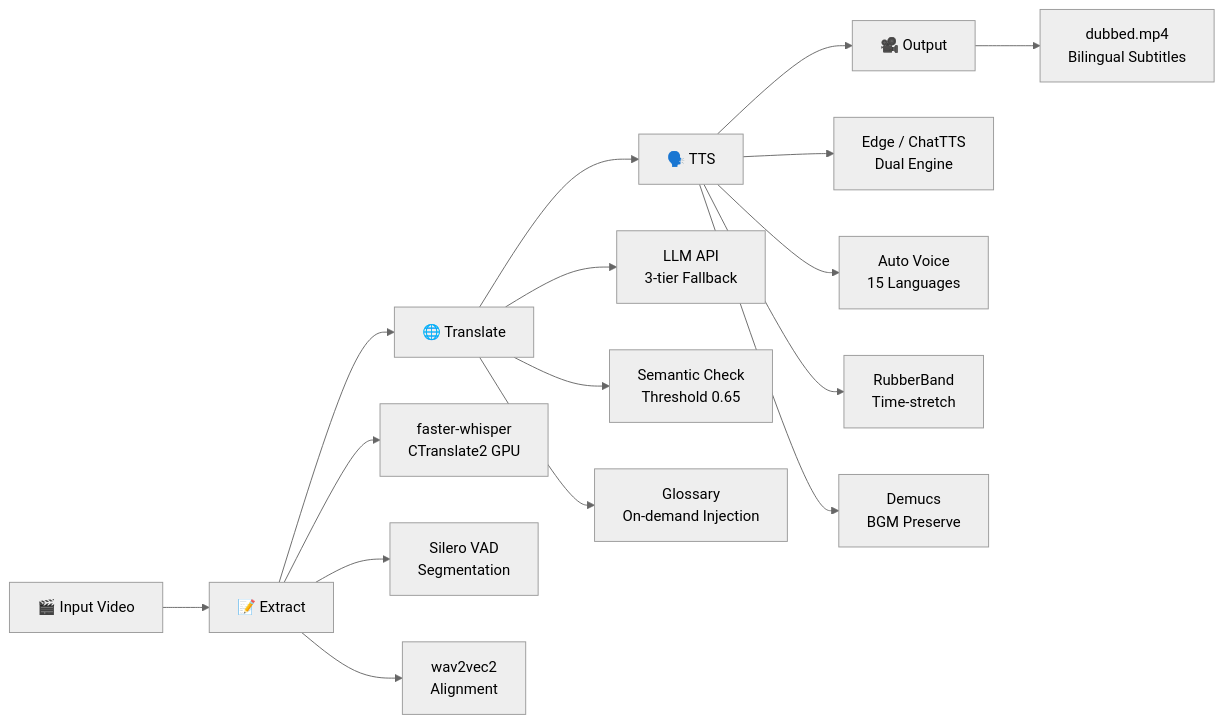
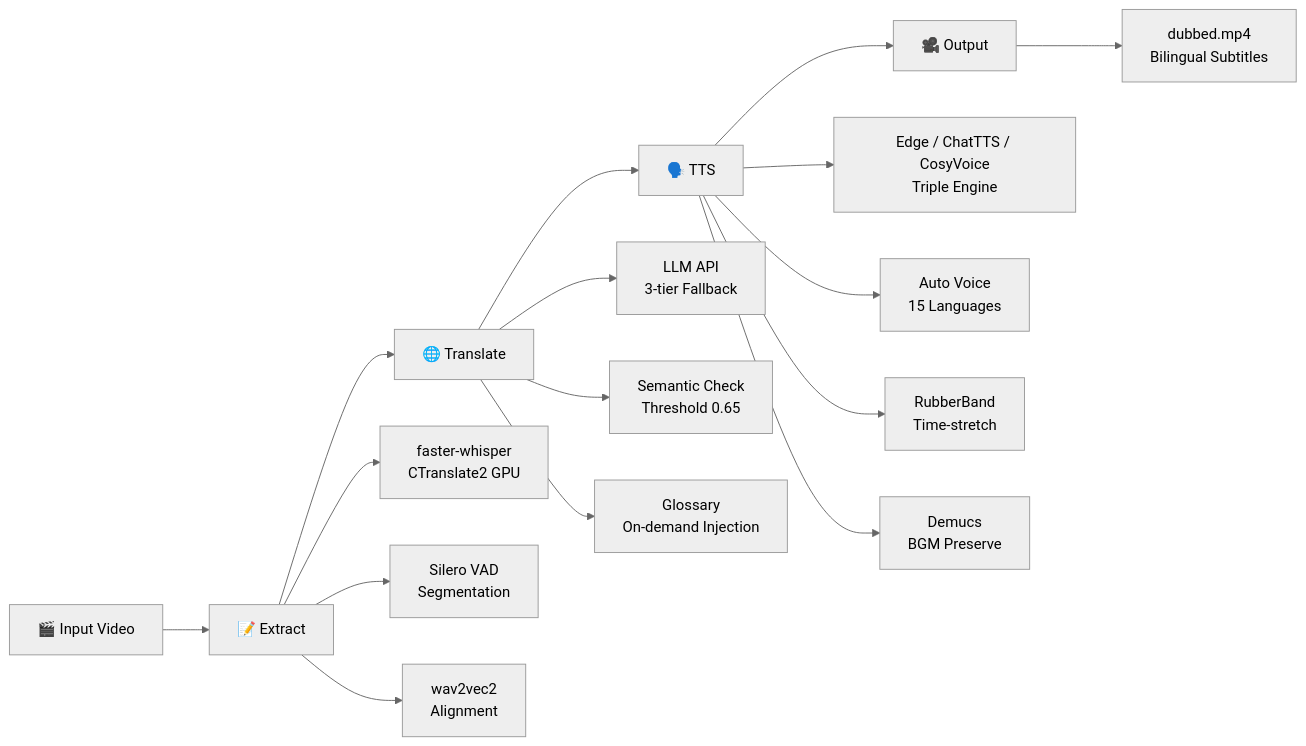
One commit to Friend-Xu/Translate-video-WebUI changed the diagram in README.md. Above: the diagram before and after it, drawn with Mermaid (neutral theme). The commit also changed other lines of this file and 3 other files, not shown here.

Commit message:
docs: update READMEs for CosyVoice TTS triple-engine support

````diff
--- a/README.md
+++ b/README.md
@@ -86,22 +87,22 @@
 ```mermaid
 graph LR
     A[🎬 Input Video] --> B[📝 Extract]
     B --> C[🌐 Translate]
     C --> D[🗣️ TTS]
     D --> E[🎥 Output]
 
     B --> B1[faster-whisper<br/>CTranslate2 GPU]
     B --> B2[Silero VAD<br/>Segmentation]
     B --> B3[wav2vec2<br/>Alignment]
 
     C --> C1[LLM API<br/>3-tier Fallback]
     C --> C2[Semantic Check<br/>Threshold 0.65]
     C --> C3[Glossary<br/>On-demand Injection]
 
-    D --> D1[Edge / ChatTTS<br/>Dual Engine]
+    D --> D1[Edge / ChatTTS / CosyVoice<br/>Triple Engine]
     D --> D2[Auto Voice<br/>15 Languages]
     D --> D3[RubberBand<br/>Time-stretch]
     D --> D4[Demucs<br/>BGM Preserve]
 
     E --> E1[dubbed.mp4<br/>Bilingual Subtitles]
 ```
````
